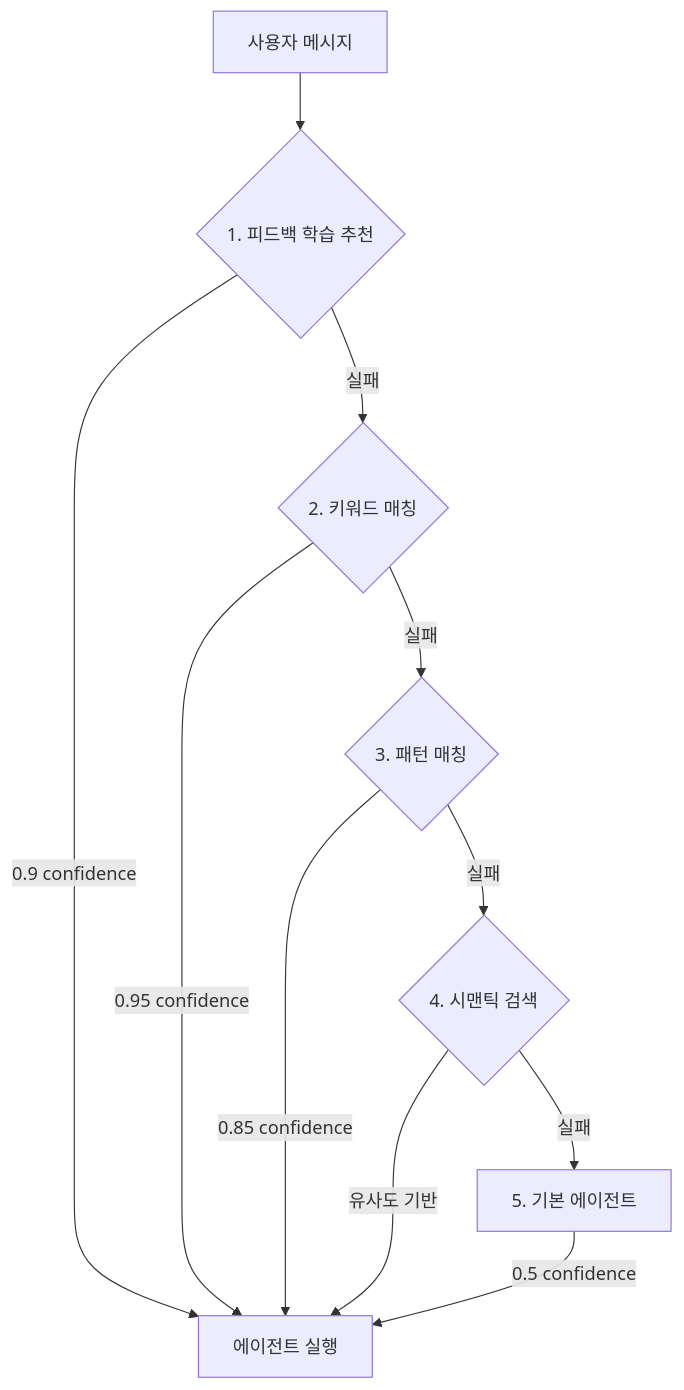
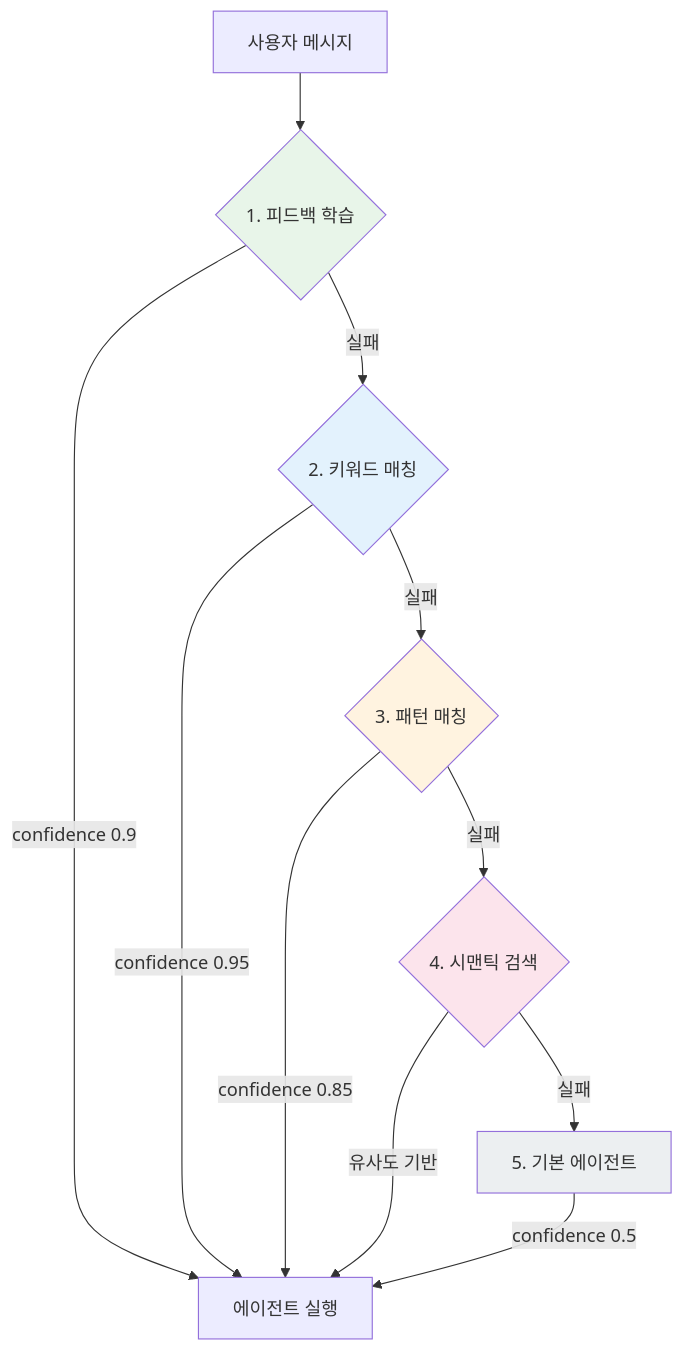
One commit to Gyeom/dev-notes changed the first of 4 diagrams in content/posts/2025-11-08-multi-stage-agent-routing.md. Above: the diagram before and after it, drawn with Mermaid. The commit also changed other lines of this file and 5 other files, not shown here.

First line of the commit message:
Refactor: Claude Flow 시리즈 6개 포스트 개선

````diff
--- a/content/posts/2025-11-08-multi-stage-agent-routing.md
+++ b/content/posts/2025-11-08-multi-stage-agent-routing.md
@@ -20,13 +22,19 @@
 ```mermaid
 graph TD
-    A[사용자 메시지] --> B{1. 피드백 학습 추천}
-    B -->|0.9 confidence| Z[에이전트 실행]
+    A[사용자 메시지] --> B{1. 피드백 학습}
+    B -->|confidence 0.9| Z[에이전트 실행]
     B -->|실패| C{2. 키워드 매칭}
-    C -->|0.95 confidence| Z
+    C -->|confidence 0.95| Z
     C -->|실패| D{3. 패턴 매칭}
-    D -->|0.85 confidence| Z
+    D -->|confidence 0.85| Z
     D -->|실패| E{4. 시맨틱 검색}
     E -->|유사도 기반| Z
     E -->|실패| F[5. 기본 에이전트]
-    F -->|0.5 confidence| Z
+    F -->|confidence 0.5| Z
+
+    style B fill:#E8F5E9
+    style C fill:#E3F2FD
+    style D fill:#FFF3E0
+    style E fill:#FCE4EC
+    style F fill:#ECEFF1
 ```
````
